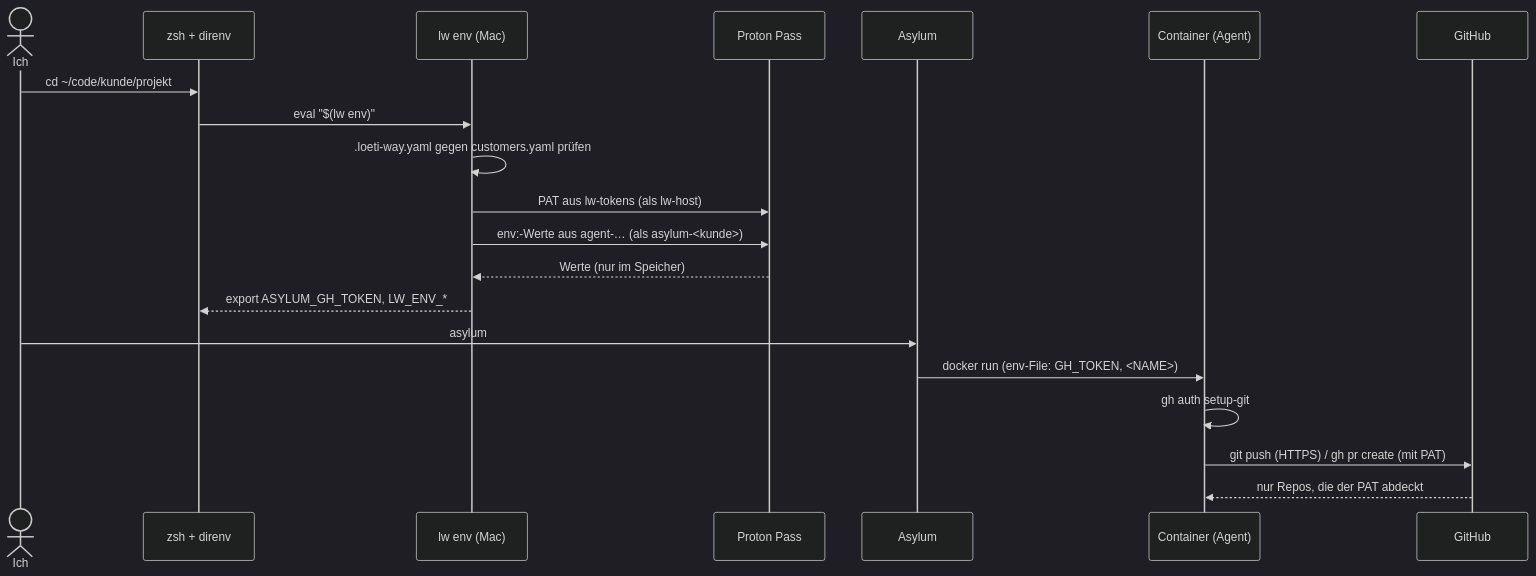
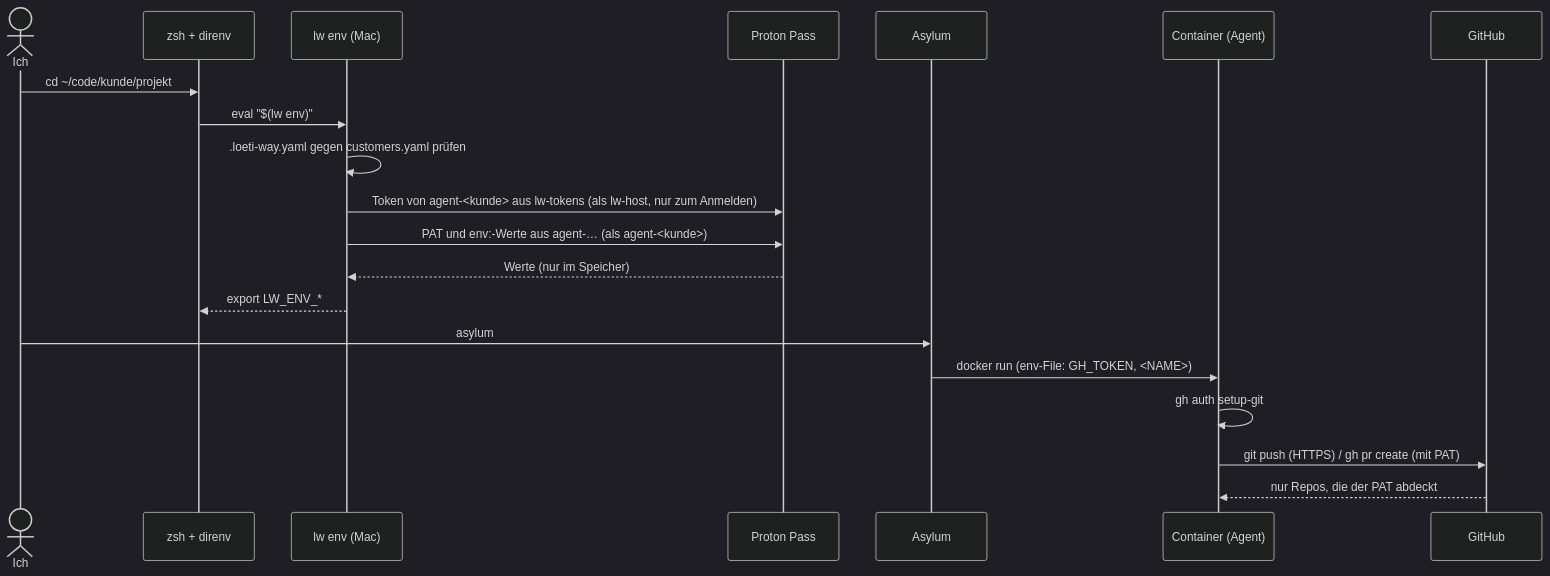
Before and after one commit to loeti/agent-skills: the first of 2 diagrams in docs/asylum-setup.md, drawn with Mermaid (dark theme). The commit also changed other lines of this file and 2 other files, not shown here.

First line of the commit message:
asylum-credentials: tokens in agent- vaults, lw token github, LW_ENV_GH_TOKEN

````diff
--- a/docs/asylum-setup.md
+++ b/docs/asylum-setup.md
@@ -34,23 +34,23 @@
 ```mermaid
 sequenceDiagram
     actor Ich
     participant Shell as zsh + direnv
     participant LW as lw env (Mac)
     participant Pass as Proton Pass
     participant Asylum
     participant C as Container (Agent)
     participant GH as GitHub
 
     Ich->>Shell: cd ~/code/kunde/projekt
     Shell->>LW: eval "$(lw env)"
     LW->>LW: .loeti-way.yaml gegen customers.yaml prüfen
-    LW->>Pass: PAT aus lw-tokens (als lw-host)
-    LW->>Pass: env:-Werte aus agent-… (als asylum-<kunde>)
+    LW->>Pass: Token von agent-<kunde> aus lw-tokens (als lw-host, nur zum Anmelden)
+    LW->>Pass: PAT und env:-Werte aus agent-… (als agent-<kunde>)
     Pass-->>LW: Werte (nur im Speicher)
-    LW-->>Shell: export ASYLUM_GH_TOKEN, LW_ENV_*
+    LW-->>Shell: export LW_ENV_*
     Ich->>Asylum: asylum
     Asylum->>C: docker run (env-File: GH_TOKEN, <NAME>)
     C->>C: gh auth setup-git
     C->>GH: git push (HTTPS) / gh pr create (mit PAT)
     GH-->>C: nur Repos, die der PAT abdeckt
 ```
````
